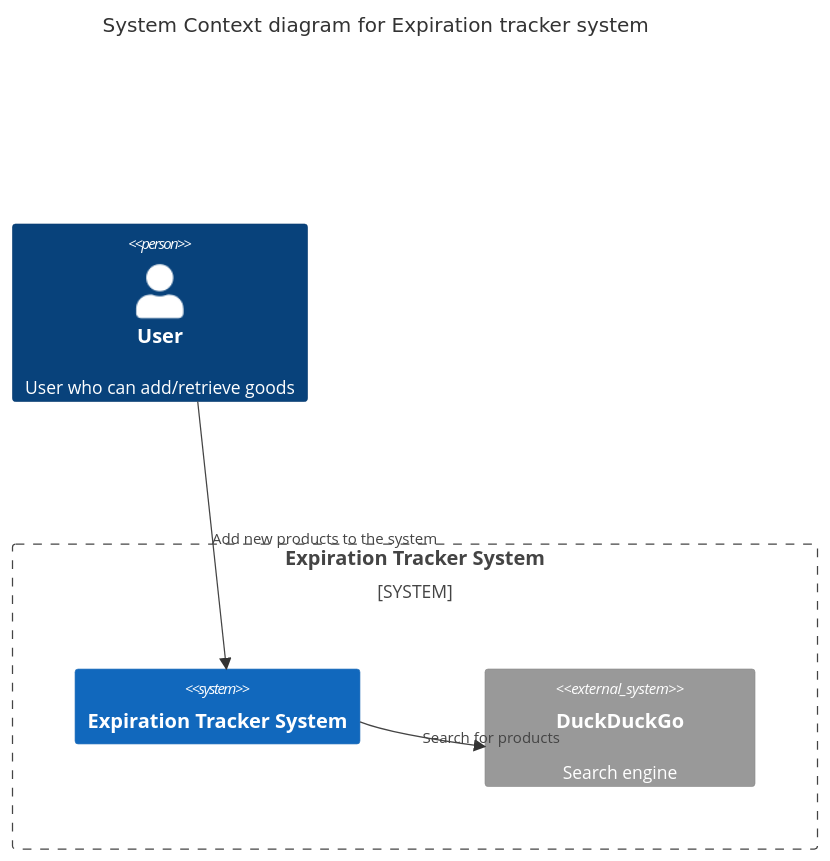
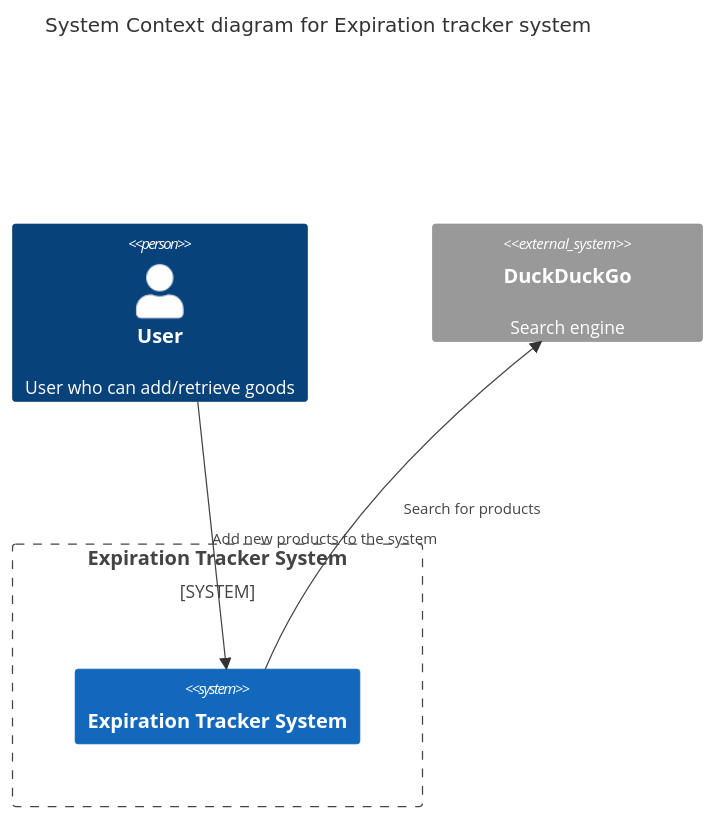
Before and after one commit to HomeLabHQ/expiration-tracker: the diagram in docs/c4/system.md, drawn with Mermaid. The commit also changed 2 other files, not shown here.

Commit message:
More mkdocs changes

````diff
--- a/docs/c4/system.md
+++ b/docs/c4/system.md
@@ -1,13 +1,12 @@
 ```mermaid
 C4Context
       title System Context diagram for Expiration tracker system
       Person(user, "User", "User who can add/retrieve goods")
       System_Boundary(expiration-tracker-boundary, "Expiration Tracker System") {
         Rel(user,expiration-tracker, "Add new products to the system")
         System(expiration-tracker, "Expiration Tracker System")
-        System_Ext('duckduckgo', "DuckDuckGo", "Search engine")
-        Rel(expiration-tracker, 'duckduckgo', "Search for products")
       }
+      System_Ext('duckduckgo', "DuckDuckGo", "Search engine")
+      Rel(expiration-tracker, 'duckduckgo', "Search for products")
       UpdateLayoutConfig($c4ShapeInRow="2", $c4BoundaryInRow="1")
-
 ```
````
